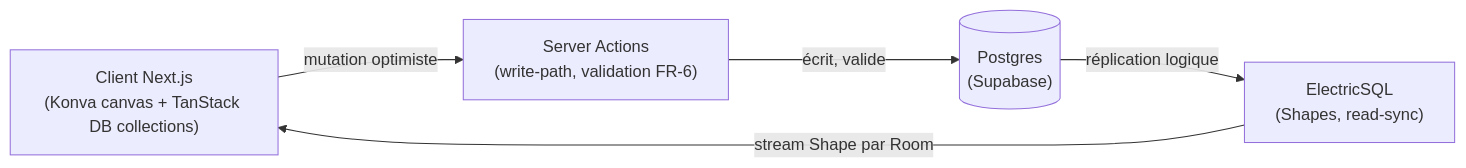
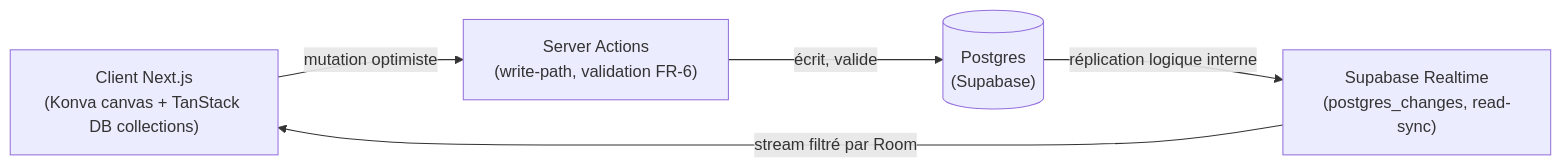
One commit to JulNeel/jigsaw changed the first of 2 diagrams in _bmad-output/planning-artifacts/architecture/architecture-jigsaw-2026-07-30/ARCHITECTURE-SPINE.md. Above: the diagram before and after it, drawn with Mermaid. The commit also changed other lines of this file and 58 other files, not shown here.

````diff
--- a/_bmad-output/planning-artifacts/architecture/architecture-jigsaw-2026-07-30/ARCHITECTURE-SPINE.md
+++ b/_bmad-output/planning-artifacts/architecture/architecture-jigsaw-2026-07-30/ARCHITECTURE-SPINE.md
@@ -25,12 +27,12 @@
 ```mermaid
 flowchart LR
   UI["Client Next.js<br/>(Konva canvas + TanStack DB collections)"]
   SA["Server Actions<br/>(write-path, validation FR-6)"]
   PG[("Postgres<br/>(Supabase)")]
-  EL["ElectricSQL<br/>(Shapes, read-sync)"]
+  RT["Supabase Realtime<br/>(postgres_changes, read-sync)"]
 
   UI -- "mutation optimiste" --> SA
   SA -- "écrit, valide" --> PG
-  PG -- "réplication logique" --> EL
-  EL -- "stream Shape par Room" --> UI
+  PG -- "réplication logique interne" --> RT
+  RT -- "stream filtré par Room" --> UI
 ```
````
